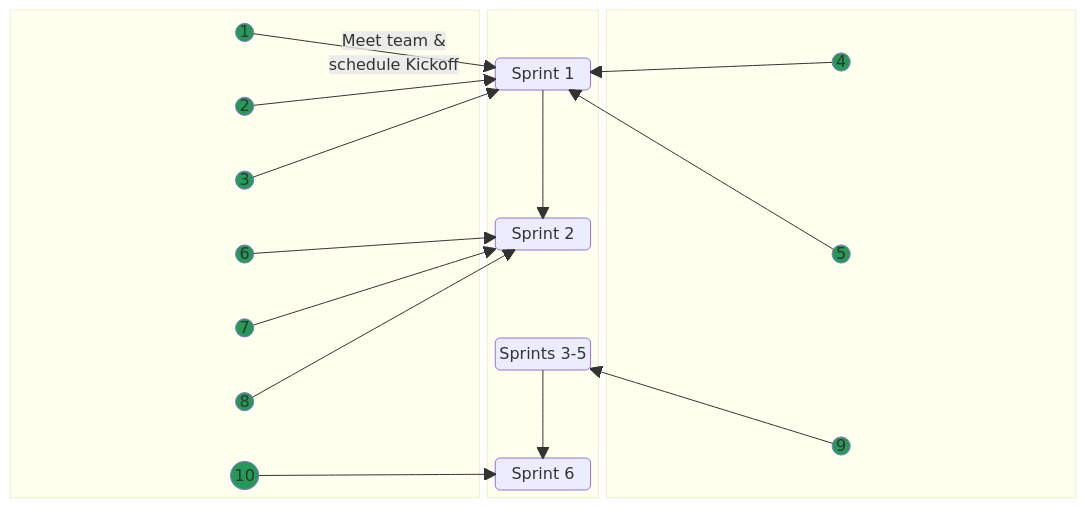
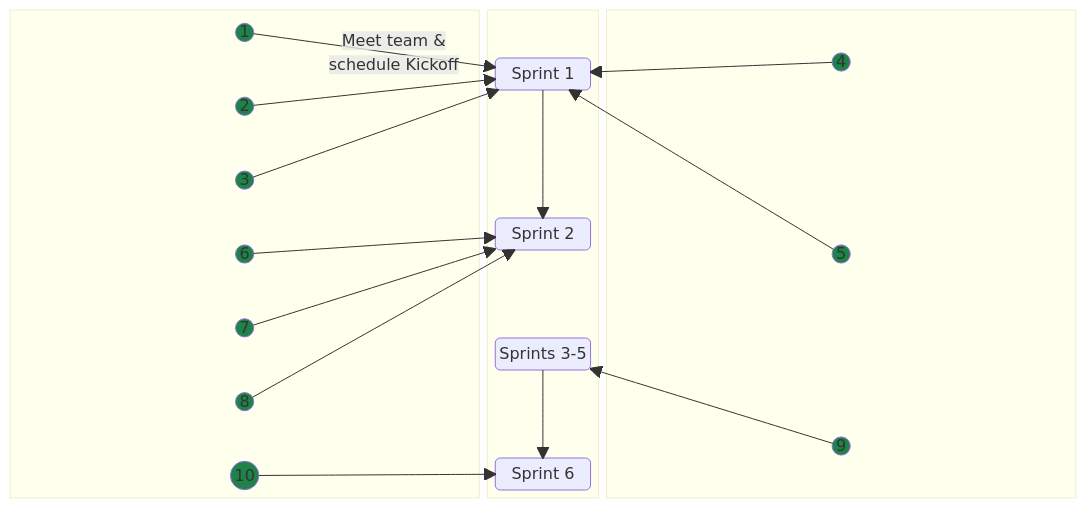
Before and after one commit to jdmedlock/mermaid_testing: the diagram in README.md, drawn with Mermaid.

Commit message:
Feature: Recreate linear sprint diagram

````diff
--- a/README.md
+++ b/README.md
@@ -4,71 +4,71 @@
 ```mermaid
   block-beta
     columns 9
     block:LEFT:4
       columns 1
       A1(("1"))
       space
       A2(("2"))
       space
       A3(("3"))
       space
       A6(("6"))
       space
       A7(("7"))
       space
       A8(("8"))
       space
       A10(("10"))
     end
     
     block:CENTER:1
       columns 1
       space
       SPRINT1("Sprint 1")
       space
       space
       space
       SPRINT2("Sprint 2")
       space
       space
       SPRINT35("Sprints 3-5")
       space
       space
       SPRINT6("Sprint 6")
     end
     
     block:RIGHT:4
       columns 1
       A4(("4"))
       space
       A5(("5"))
       space
       A9(("9"))
     end
 
     SPRINT1 --> SPRINT2
     SPRINT35 --> SPRINT6
 
     A1 -- "Meet team &</br>schedule Kickoff" --> SPRINT1
     A2 ----> SPRINT1
     A3 ----> SPRINT1
     A4 ----> SPRINT1
     A5 ----> SPRINT1
     A6 ----> SPRINT2
     A7 ----> SPRINT2
     A8 ----> SPRINT2
     A9 ----> SPRINT35
     A10 ----> SPRINT6
 
-    style A1 fill:#239b56
-    style A2 fill:#239b56
-    style A3 fill:#239b56
-    style A4 fill:#239b56
-    style A5 fill:#239b56
-    style A6 fill:#239b56
-    style A7 fill:#239b56
-    style A8 fill:#239b56
-    style A9 fill:#239b56
-    style A10 fill:#239b56
+    style A1 fill:#1d8348
+    style A2 fill:#1d8348
+    style A3 fill:#1d8348
+    style A4 fill:#1d8348
+    style A5 fill:#1d8348
+    style A6 fill:#1d8348
+    style A7 fill:#1d8348
+    style A8 fill:#1d8348
+    style A9 fill:#1d8348
+    style A10 fill:#1d8348
 
 ```
````
